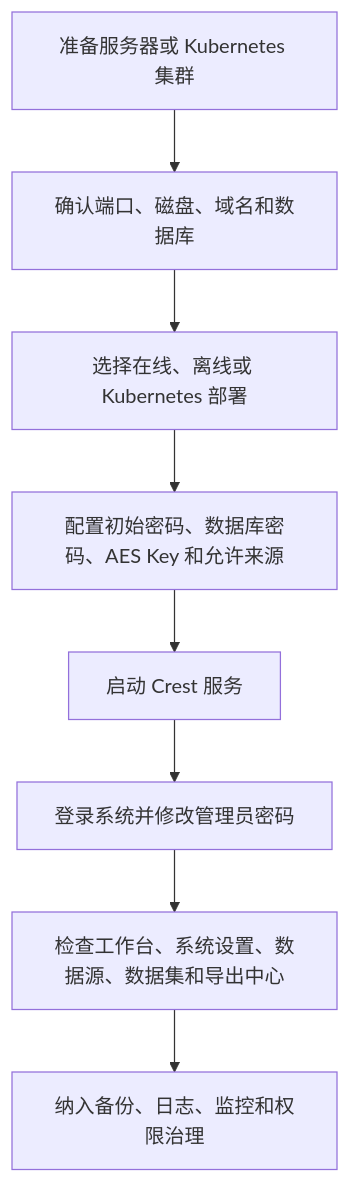
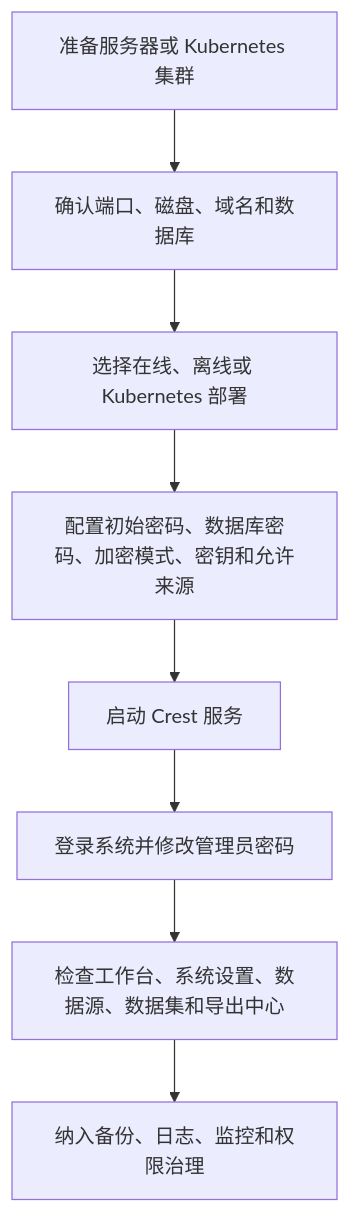
The diagram in content/docs/crest/deployment/index.mdx (sevoniva/sevoniva.github.io), drawn with Mermaid before and after one commit. The commit also changed other lines of this file and 15 other files, not shown here.

````diff
--- a/content/docs/crest/deployment/index.mdx
+++ b/content/docs/crest/deployment/index.mdx
@@ -24,10 +24,10 @@
 ```mermaid
 flowchart TB
   A["准备服务器或 Kubernetes 集群"] --> B["确认端口、磁盘、域名和数据库"]
   B --> C["选择在线、离线或 Kubernetes 部署"]
-  C --> D["配置初始密码、数据库密码、AES Key 和允许来源"]
+  C --> D["配置初始密码、数据库密码、加密模式、密钥和允许来源"]
   D --> E["启动 Crest 服务"]
   E --> F["登录系统并修改管理员密码"]
   F --> G["检查工作台、系统设置、数据源、数据集和导出中心"]
   G --> H["纳入备份、日志、监控和权限治理"]
 ```
````
